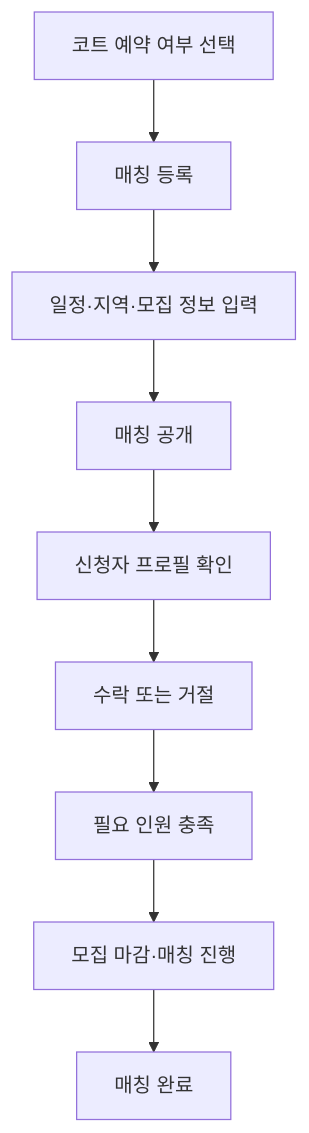
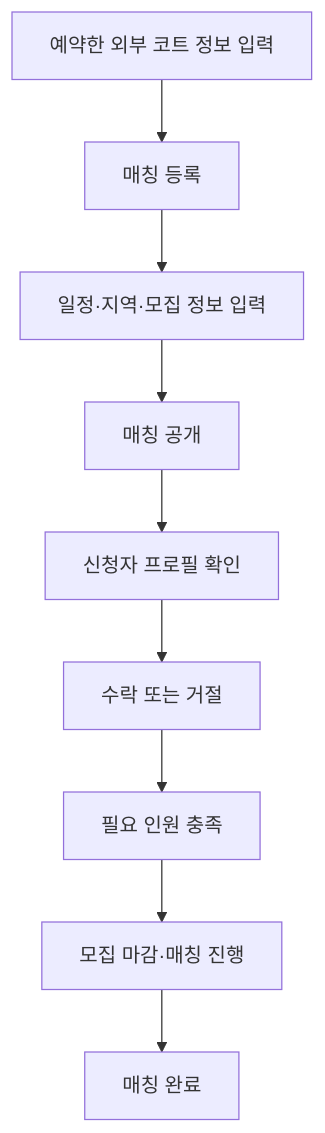
One commit to jsl0319/tennis-mate changed the second of 2 diagrams in docs/02-prd.md. Above: the diagram before and after it, drawn with Mermaid. The commit also changed other lines of this file and 14 other files, not shown here.

````diff
--- a/docs/02-prd.md
+++ b/docs/02-prd.md
@@ -204,11 +204,11 @@
 ```mermaid
 flowchart TD
-    A["코트 예약 여부 선택"] --> B["매칭 등록"]
+    A["예약한 외부 코트 정보 입력"] --> B["매칭 등록"]
     B --> C["일정·지역·모집 정보 입력"]
     C --> D["매칭 공개"]
     D --> E["신청자 프로필 확인"]
     E --> F["수락 또는 거절"]
     F --> G["필요 인원 충족"]
     G --> H["모집 마감·매칭 진행"]
     H --> I["매칭 완료"]
 ```
````
